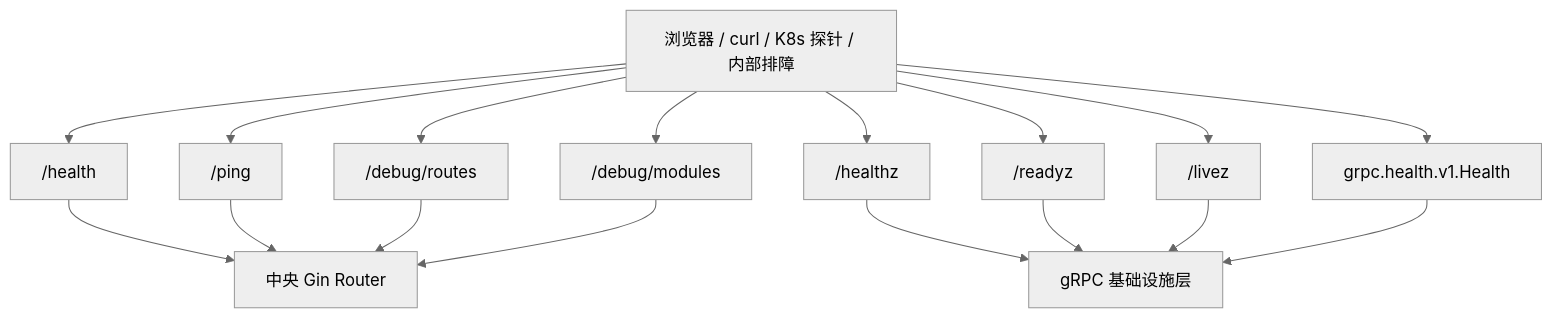
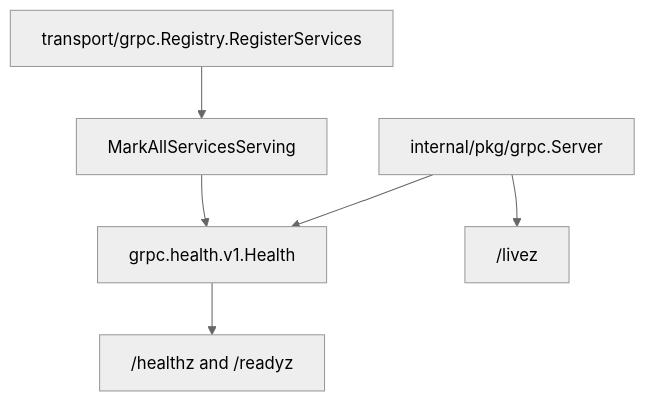
One commit to FangcunMount/iam changed the fifth of 6 diagrams in docs/01-运行时/04-健康检查&debug 路由与降级启动边界.md. Above: the diagram before and after it, drawn with Mermaid (neutral theme). The commit also changed other lines of this file and 61 other files, not shown here.

````diff
--- a/docs/01-运行时/04-健康检查&debug 路由与降级启动边界.md
+++ b/docs/01-运行时/04-健康检查&debug 路由与降级启动边界.md
@@ -40,23 +163,14 @@
 ```mermaid
-flowchart TB
-    Probe["浏览器 / curl / K8s 探针 / 内部排障"]
+flowchart TD
+    GRPCServer["internal/pkg/grpc.Server"]
+    HealthService["grpc.health.v1.Health"]
+    RegisterDone["transport/grpc.Registry.RegisterServices"]
+    MarkServing["MarkAllServicesServing"]
+    HTTPHealth["/healthz and /readyz"]
+    Livez["/livez"]
 
-    Probe --> H1["/health"]
-    Probe --> H2["/ping"]
-    Probe --> D1["/debug/routes"]
-    Probe --> D2["/debug/modules"]
-    Probe --> Z1["/healthz"]
-    Probe --> Z2["/readyz"]
-    Probe --> Z3["/livez"]
-    Probe --> G["grpc.health.v1.Health"]
-
-    H1 --> Router["中央 Gin Router"]
-    H2 --> Router
-    D1 --> Router
-    D2 --> Router
-
-    Z1 --> GRPC["gRPC 基础设施层"]
-    Z2 --> GRPC
-    Z3 --> GRPC
-    G --> GRPC
+    GRPCServer --> HealthService
+    RegisterDone --> MarkServing --> HealthService
+    HealthService --> HTTPHealth
+    GRPCServer --> Livez
 ```
````
